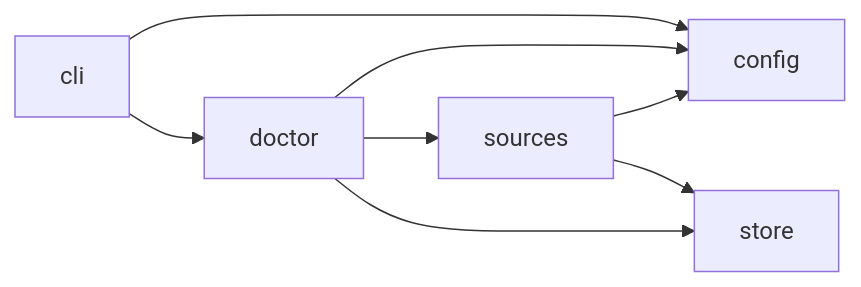
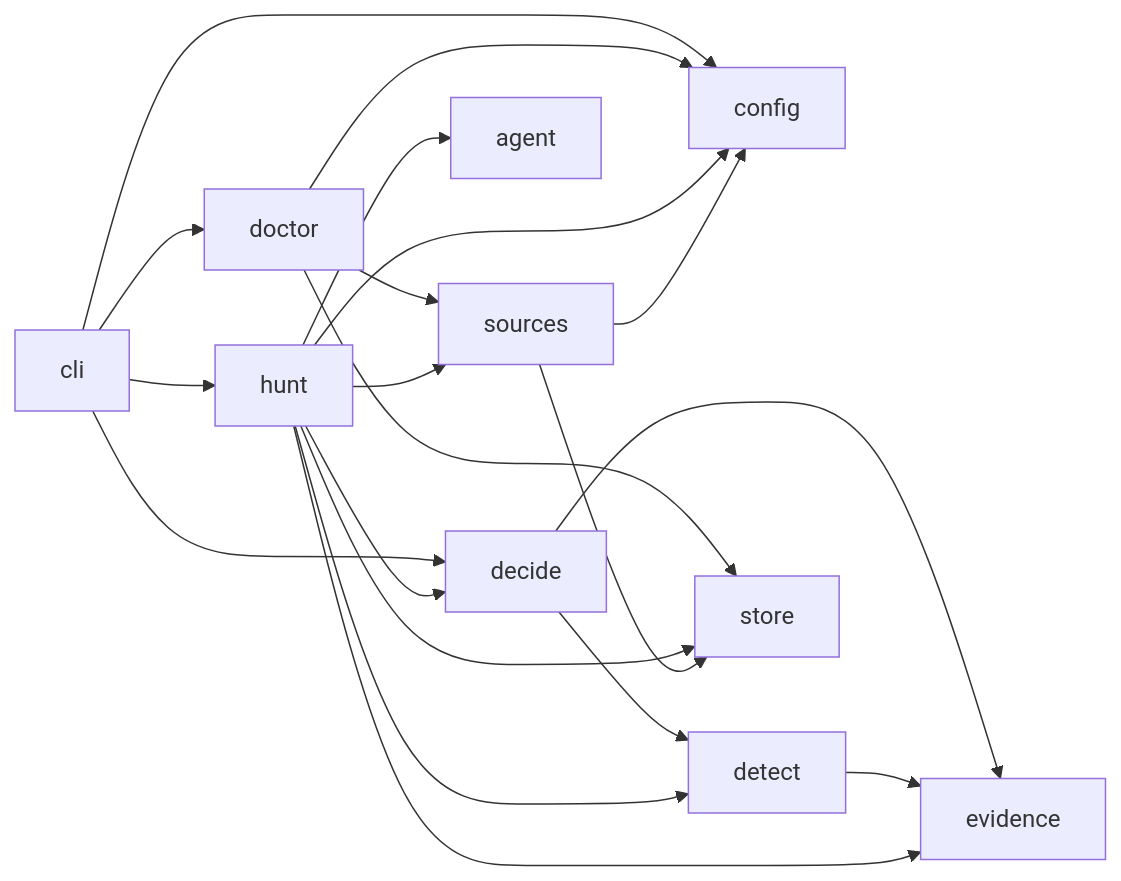
The diagram in docs/architecture/MODULE_MAP.md (nickthabib-cloud/ROMULUS), drawn with Mermaid before and after one commit. The commit also changed other lines of this file and 14 other files, not shown here.

Commit message:
M1: playbooks (stack-counted web exec, downloader->interpreter sequence, firewall, alerts, scans), decision policy, sweep engine, hunt CLI

````diff
--- a/docs/architecture/MODULE_MAP.md
+++ b/docs/architecture/MODULE_MAP.md
@@ -32,10 +44,22 @@
 ```mermaid
 graph LR
   cli --> config
+  cli --> decide
   cli --> doctor
+  cli --> hunt
+  decide --> detect
+  decide --> evidence
+  detect --> evidence
   doctor --> config
   doctor --> sources
   doctor --> store
+  hunt --> agent
+  hunt --> config
+  hunt --> decide
+  hunt --> detect
+  hunt --> evidence
+  hunt --> sources
+  hunt --> store
   sources --> config
   sources --> store
 ```
````
